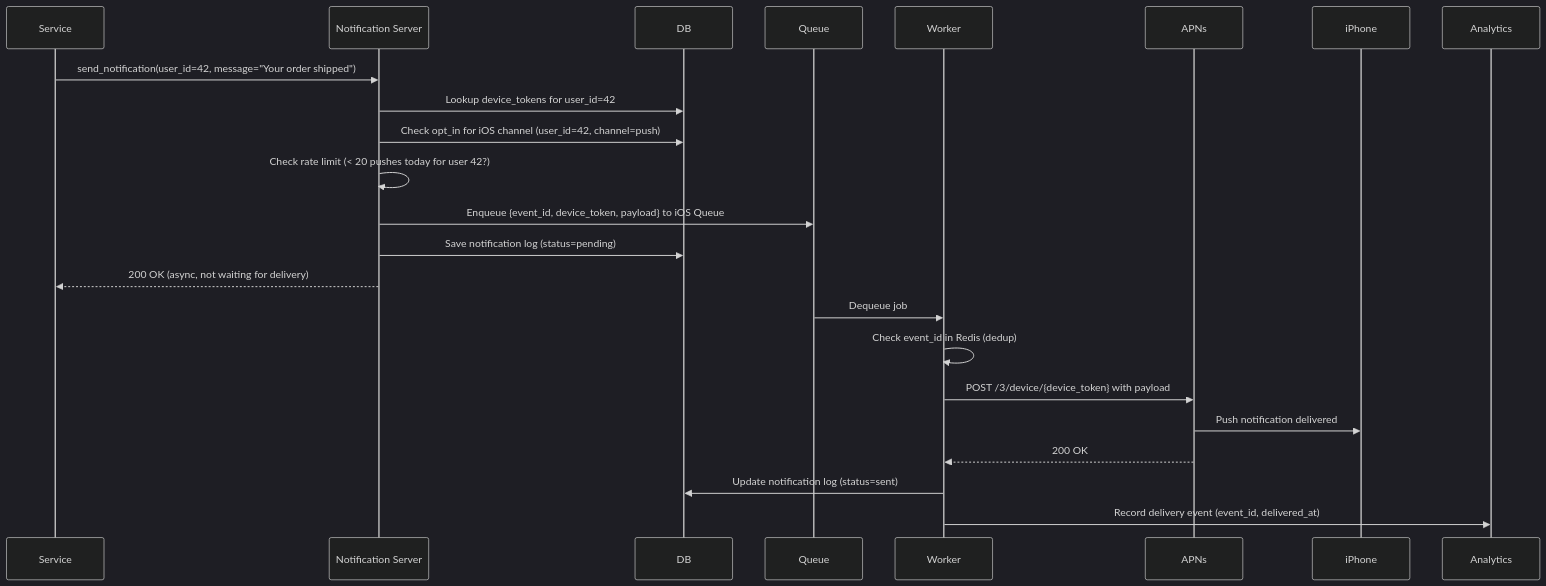
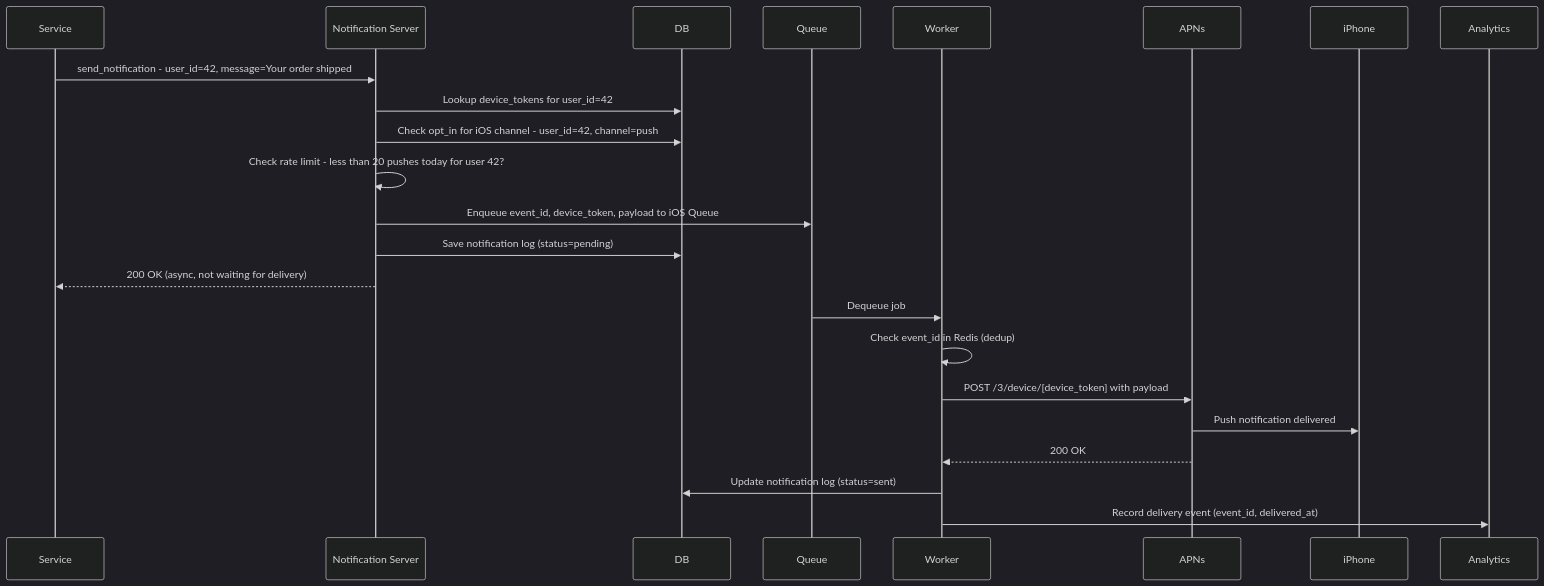
One commit to jaugustodev/software-engineering-content changed the eighth of 12 diagrams in system-design/system-design-interview-alex-xu/chapters/10-notification-system.md. Above: the diagram before and after it, drawn with Mermaid (dark theme). The commit also changed other lines of this file, not shown here.

Commit message:
refactor(docs): enhance notification system chapter with clearer state machine descriptions and communication protocols; improve readability and consistency in delivery process explanations

````diff
--- a/system-design/system-design-interview-alex-xu/chapters/10-notification-system.md
+++ b/system-design/system-design-interview-alex-xu/chapters/10-notification-system.md
@@ -325,26 +325,26 @@
 ```mermaid
 sequenceDiagram
     participant Service
     participant NS as Notification Server
     participant DB
     participant Queue
     participant Worker
     participant APNs
     participant iPhone
 
-    Service->>NS: send_notification(user_id=42, message="Your order shipped")
+    Service->>NS: send_notification - user_id=42, message=Your order shipped
     NS->>DB: Lookup device_tokens for user_id=42
-    NS->>DB: Check opt_in for iOS channel (user_id=42, channel=push)
-    NS->>NS: Check rate limit (< 20 pushes today for user 42?)
-    NS->>Queue: Enqueue {event_id, device_token, payload} to iOS Queue
+    NS->>DB: Check opt_in for iOS channel - user_id=42, channel=push
+    NS->>NS: Check rate limit - less than 20 pushes today for user 42?
+    NS->>Queue: Enqueue event_id, device_token, payload to iOS Queue
     NS->>DB: Save notification log (status=pending)
     NS-->>Service: 200 OK (async, not waiting for delivery)
 
     Queue->>Worker: Dequeue job
     Worker->>Worker: Check event_id in Redis (dedup)
-    Worker->>APNs: POST /3/device/{device_token} with payload
+    Worker->>APNs: POST /3/device/[device_token] with payload
     APNs->>iPhone: Push notification delivered
     APNs-->>Worker: 200 OK
     Worker->>DB: Update notification log (status=sent)
     Worker->>Analytics: Record delivery event (event_id, delivered_at)
 ```
````
